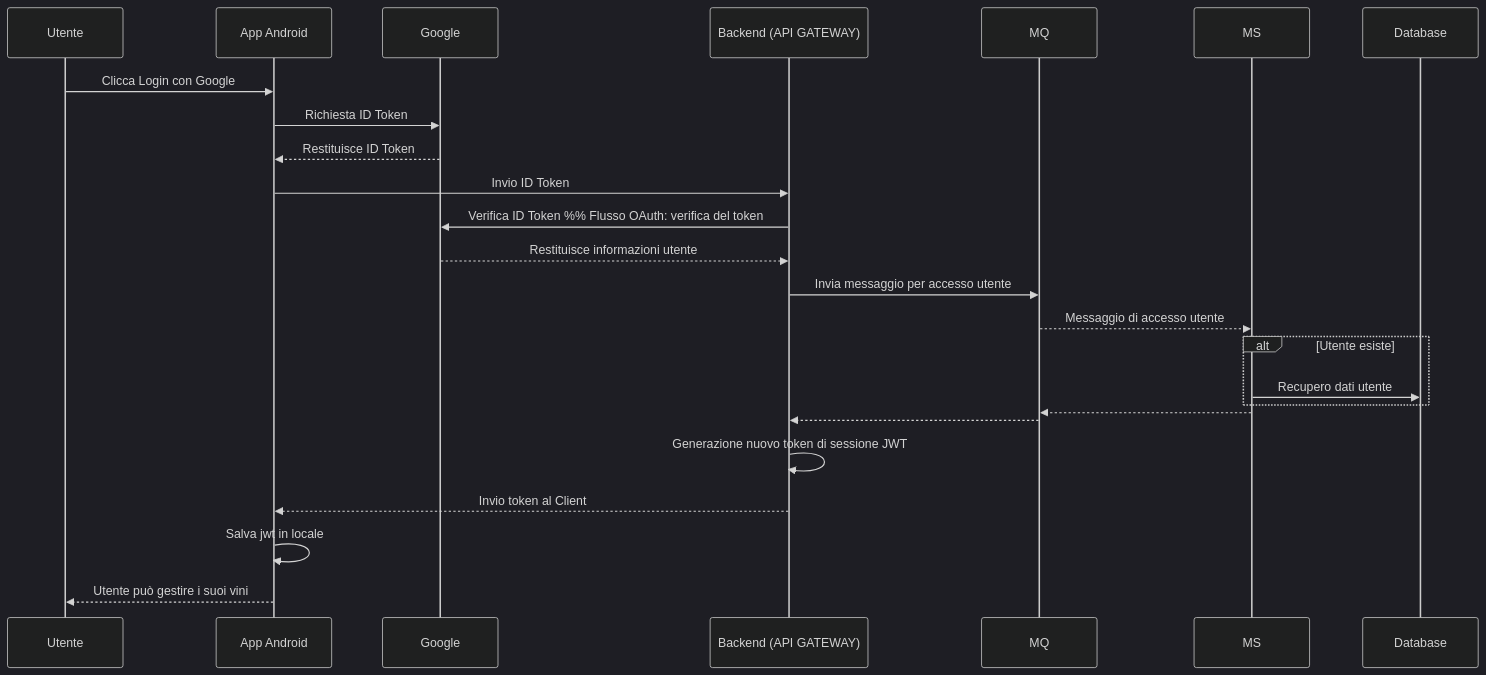
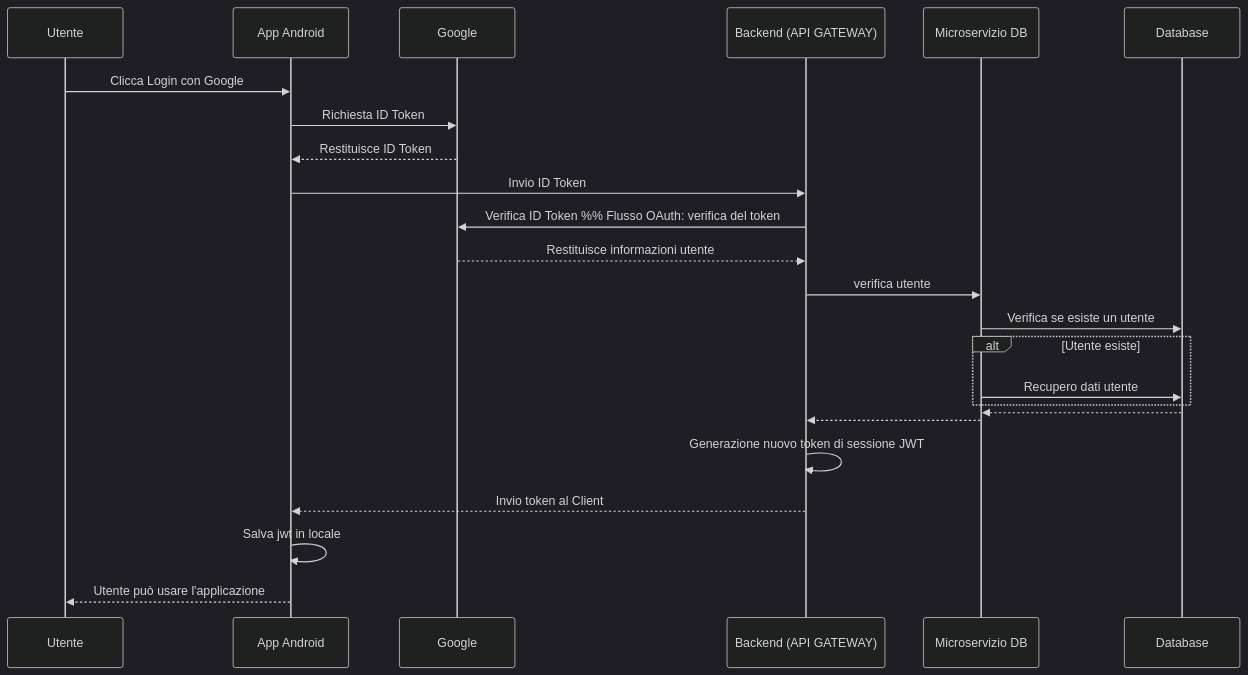
The second of 2 diagrams in docs/diagrams/login/grafici.md (void0x23/Decanter), drawn with Mermaid (dark theme) before and after one commit. The commit also changed other lines of this file and 9 other files, not shown here.

```````diff
--- a/docs/diagrams/login/grafici.md
+++ b/docs/diagrams/login/grafici.md
@@ -38,27 +35,29 @@
 ```mermaid
 
 sequenceDiagram
     participant U as Utente
     participant A as App Android
     participant G as Google
     participant B as Backend (API GATEWAY)
+    participant MS as Microservizio DB
+    participant DB as Database
 
     U->>A: Clicca Login con Google
     A->>G: Richiesta ID Token
     G-->>A: Restituisce ID Token
     A->>B: Invio ID Token
     B->>G: Verifica ID Token  %% Flusso OAuth: verifica del token
     G-->>B: Restituisce informazioni utente
-    B->>MQ: Invia messaggio per accesso utente
-    MQ-->>MS: Messaggio di accesso utente
+    B->>MS: verifica utente
+    MS->>DB: Verifica se esiste un utente
     alt Utente esiste
-        MS->>Database: Recupero dati utente
+        MS->>DB: Recupero dati utente
     end
-    MS-->>MQ: 
-    MQ-->>B: 
+    DB-->>MS: 
+    MS-->>B: 
 B->>B: Generazione nuovo token di sessione JWT
     B-->>A: Invio token al Client
     A ->> A: Salva jwt in locale
-    A-->>U: Utente può gestire i suoi vini
+    A-->>U: Utente può usare l'applicazione
 
 ``````
```````
